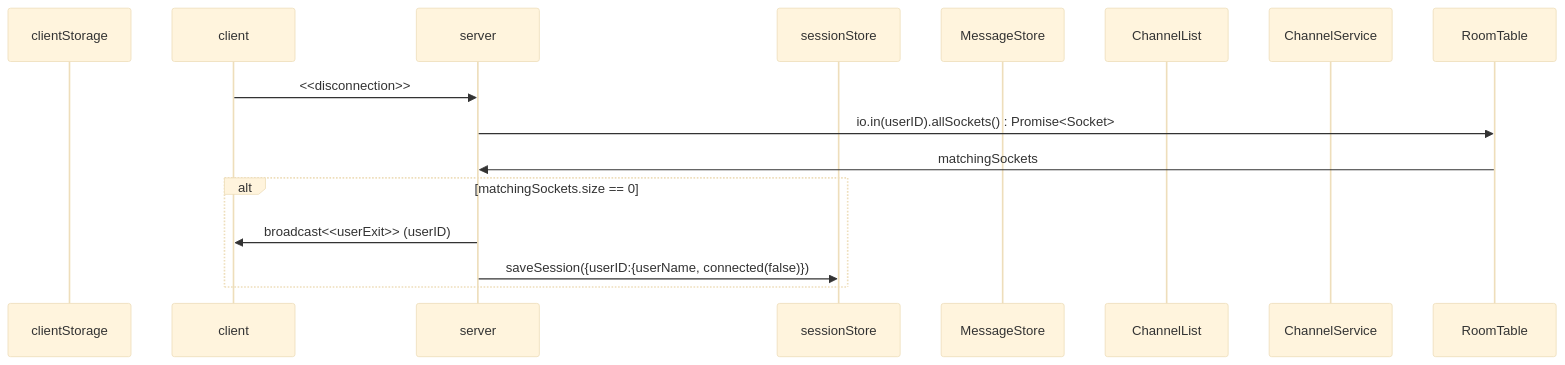
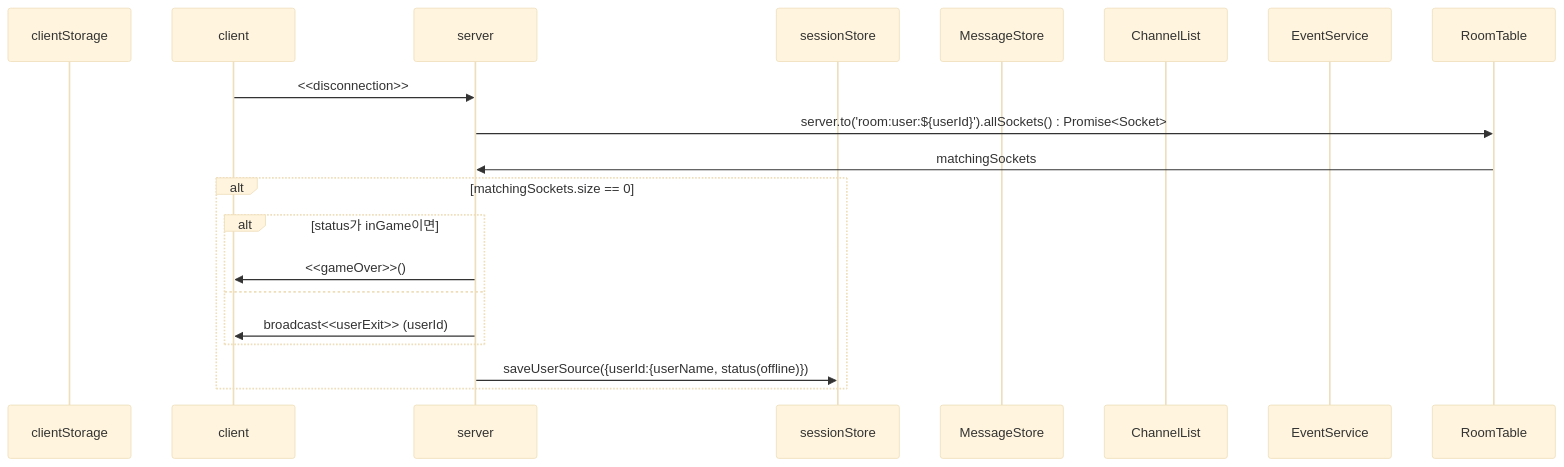
Before and after one commit to mtak0235/simmons_transcendence: the third of 19 diagrams in backend/node/app/event.md, drawn with Mermaid (base theme). The commit also changed other lines of this file and 1 other file, not shown here.

````diff
--- a/backend/node/app/event.md
+++ b/backend/node/app/event.md
@@ -89,19 +71,24 @@
 ```mermaid
 sequenceDiagram
 participant cls as clientStorage
 participant c as client
 participant ga as server
 participant ss as sessionStore
 participant ms as MessageStore
 participant cns as ChannelList
-participant cs as ChannelService
+participant cs as EventService
 participant rt as RoomTable
 
 c->>ga: <<disconnection>>
-ga->>rt: io.in(userID).allSockets() : Promise<Socket>
+ga->>rt: server.to('room:user:${userId}').allSockets() : Promise<Socket>
 rt->>ga: matchingSockets
 alt matchingSockets.size == 0
-ga->>c: broadcast<<userExit>> (userID)
-ga->>ss: saveSession({userID:{userName, connected(false)})
+alt status가 inGame이면 
+ga->>c: <<gameOver>>()
+# endGame 호출
+else
+ga->>c: broadcast<<userExit>> (userId)
+end
+ga->>ss: saveUserSource({userId:{userName, status(offline)})
 end
 ```
````
